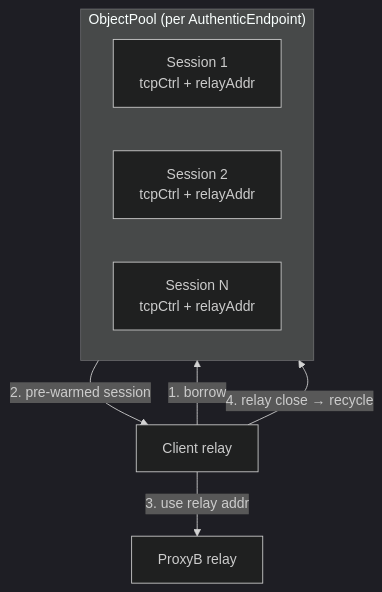
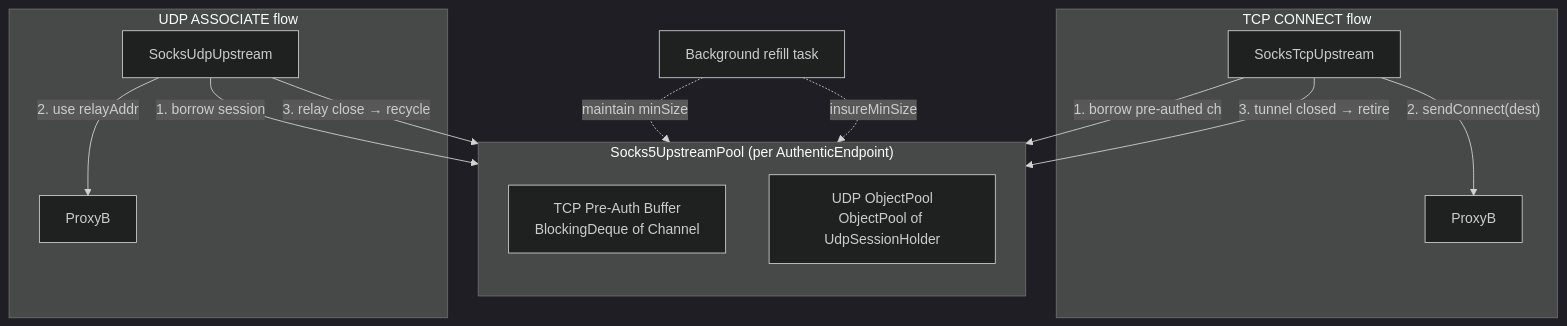
Before and after one commit to RockyLOMO/rxlib: the diagram in .cursor/plans/socks5_session_pool_6bf52ff7.plan.md, drawn with Mermaid (dark theme). The commit also changed other lines of this file and 7 other files, not shown here.

````diff
--- a/.cursor/plans/socks5_session_pool_6bf52ff7.plan.md
+++ b/.cursor/plans/socks5_session_pool_6bf52ff7.plan.md
@@ -75,12 +37,22 @@
 ```mermaid
 flowchart TB
-  subgraph pool ["ObjectPool (per AuthenticEndpoint)"]
-    S1["Session 1\ntcpCtrl + relayAddr"]
-    S2["Session 2\ntcpCtrl + relayAddr"]
-    S3["Session N\ntcpCtrl + relayAddr"]
+  subgraph poolMgr ["Socks5UpstreamPool (per AuthenticEndpoint)"]
+    direction TB
+    TcpPool["TCP Pre-Auth Buffer\nBlockingDeque of Channel"]
+    UdpPool["UDP ObjectPool\nObjectPool of UdpSessionHolder"]
   end
-  Client1["Client relay"] -->|"1. borrow"| pool
-  pool -->|"2. pre-warmed session"| Client1
-  Client1 -->|"3. use relay addr"| ProxyB["ProxyB relay"]
-  Client1 -->|"4. relay close → recycle"| pool
+  subgraph tcpFlow [TCP CONNECT flow]
+    TR["SocksTcpUpstream"]
+    TR -->|"1. borrow pre-authed ch"| TcpPool
+    TR -->|"2. sendConnect(dest)"| ProxyB_TCP["ProxyB"]
+    TR -->|"3. tunnel closed → retire"| TcpPool
+  end
+  subgraph udpFlow [UDP ASSOCIATE flow]
+    UR["SocksUdpUpstream"]
+    UR -->|"1. borrow session"| UdpPool
+    UR -->|"2. use relayAddr"| ProxyB_UDP["ProxyB"]
+    UR -->|"3. relay close → recycle"| UdpPool
+  end
+  RefillTask["Background refill task"] -.->|"maintain minSize"| TcpPool
+  RefillTask -.->|"insureMinSize"| UdpPool
 ```
````
